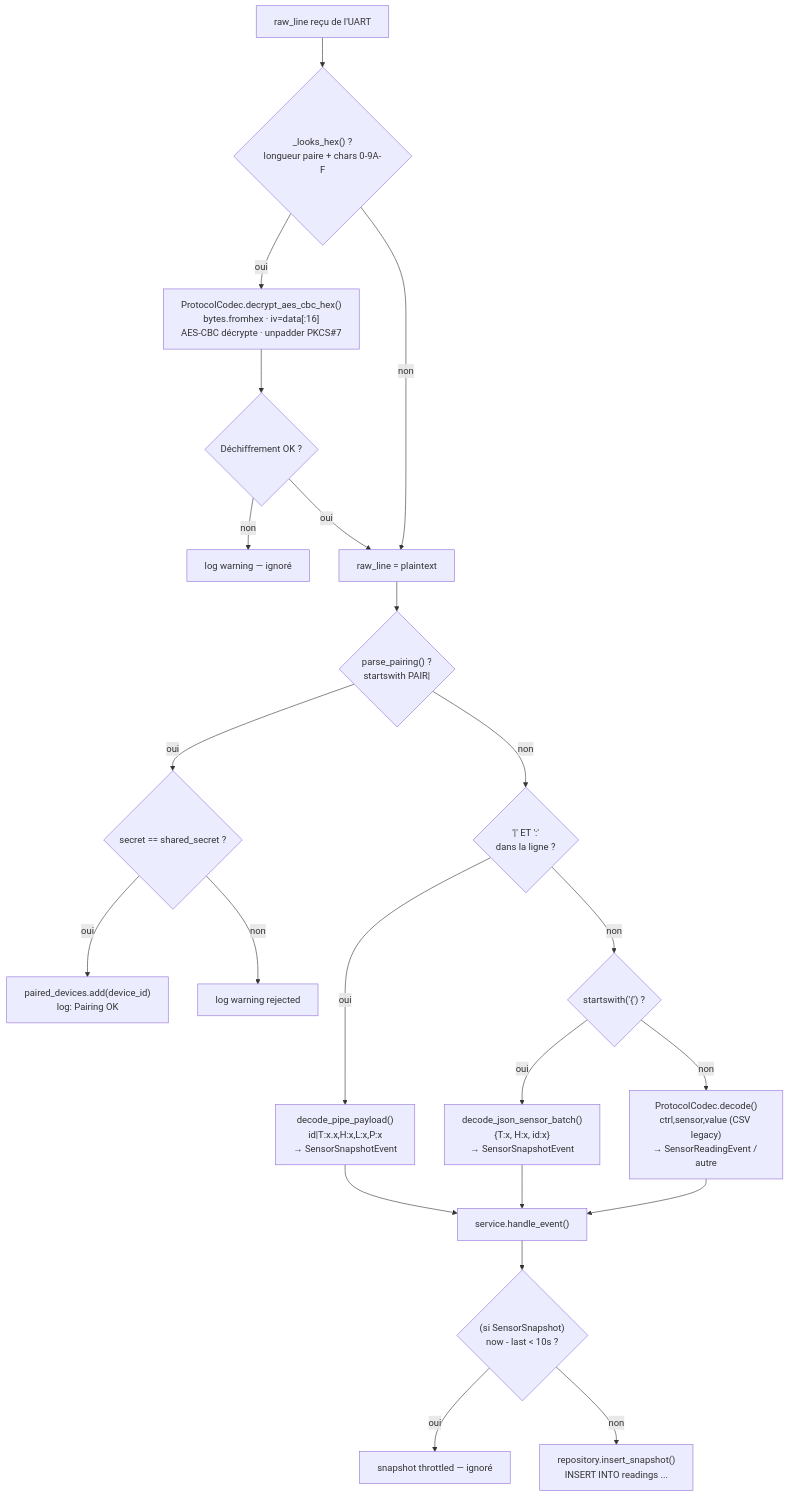
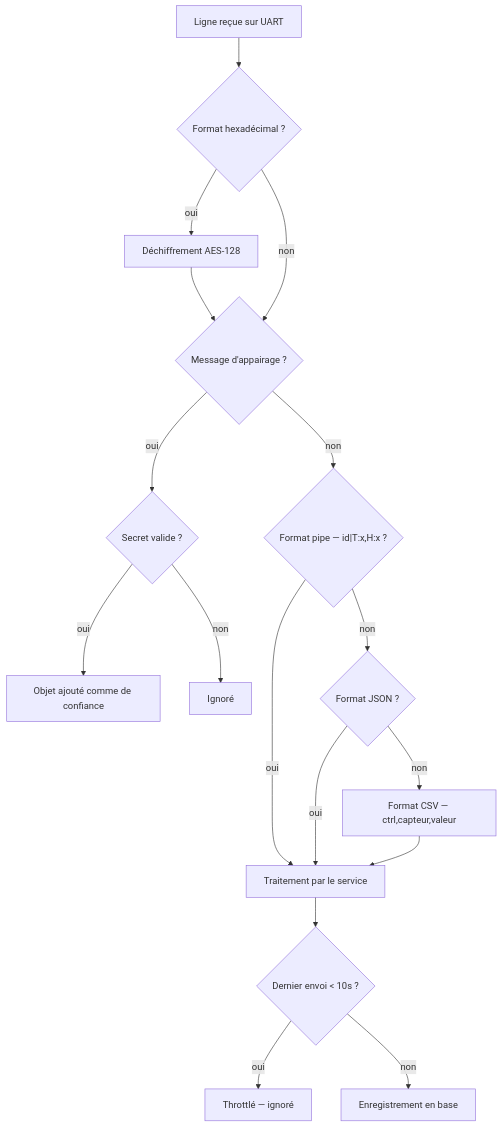
Diagram 13 of 16 in rendu.md (QuentinBastos/iot-project), drawn with Mermaid before and after one commit. The commit also changed other lines of this file, not shown here.

````diff
--- a/rendu.md
+++ b/rendu.md
@@ -486,29 +391,30 @@
 ```mermaid
 flowchart TD
-    RAW["raw_line reçu de l'UART"] --> ISHEX{"_looks_hex() ?\nlongueur paire + chars 0-9A-F"}
-    ISHEX -- oui --> DECRYPT["ProtocolCodec.decrypt_aes_cbc_hex()\nbytes.fromhex · iv=data[:16]\nAES-CBC décrypte · unpadder PKCS#7"]
-    DECRYPT --> DECOK{"Déchiffrement OK ?"}
-    DECOK -- non --> WARN["log warning — ignoré"]
-    DECOK -- oui --> RAW2["raw_line = plaintext"]
-    ISHEX -- non --> RAW2
+    RAW2["Ligne reçue sur UART"]
+    HEX2{"Format hexadécimal ?"}
+    DEC2["Déchiffrement AES-128"]
+    PAIR2{"Message d'appairage ?"}
+    OK2{"Secret valide ?"}
+    TRUST2["Objet ajouté comme de confiance"]
+    PIPE2{"Format pipe — id|T:x,H:x ?"}
+    JSON2{"Format JSON ?"}
+    CSV2["Format CSV — ctrl,capteur,valeur"]
+    SVC2["Traitement par le service"]
+    THR2{"Dernier envoi < 10s ?"}
+    DB2["Enregistrement en base"]
 
-    RAW2 --> PAIR{"parse_pairing() ?\nstartswith PAIR|"}
-    PAIR -- oui --> SECRET{"secret == shared_secret ?"}
-    SECRET -- oui --> TRUST["paired_devices.add(device_id)\nlog: Pairing OK"]
-    SECRET -- non --> REJECT["log warning rejected"]
-    PAIR -- non --> PIPE{"'|' ET ':'\ndans la ligne ?"}
-
-    PIPE -- oui --> PIPE_DEC["decode_pipe_payload()\nid|T:x.x,H:x,L:x,P:x\n→ SensorSnapshotEvent"]
-    PIPE_DEC --> SVC_EV["service.handle_event()"]
-
-    PIPE -- non --> JSON_CHK{"startswith('{') ?"}
-    JSON_CHK -- oui --> JSON_DEC["decode_json_sensor_batch()\n{T:x, H:x, id:x}\n→ SensorSnapshotEvent"]
-    JSON_DEC --> SVC_EV
-
-    JSON_CHK -- non --> CSV_DEC["ProtocolCodec.decode()\nctrl,sensor,value (CSV legacy)\n→ SensorReadingEvent / autre"]
-    CSV_DEC --> SVC_EV
-
-    SVC_EV --> THROTTLE{"(si SensorSnapshot)\nnow - last < 10s ?"}
-    THROTTLE -- oui --> DROP["snapshot throttled — ignoré"]
-    THROTTLE -- non --> INSERT["repository.insert_snapshot()\nINSERT INTO readings ..."]
+    RAW2 --> HEX2
+    HEX2 -- oui --> DEC2 --> PAIR2
+    HEX2 -- non --> PAIR2
+    PAIR2 -- oui --> OK2
+    OK2 -- oui --> TRUST2
+    OK2 -- non --> IGN2["Ignoré"]
+    PAIR2 -- non --> PIPE2
+    PIPE2 -- oui --> SVC2
+    PIPE2 -- non --> JSON2
+    JSON2 -- oui --> SVC2
+    JSON2 -- non --> CSV2 --> SVC2
+    SVC2 --> THR2
+    THR2 -- oui --> DROP2["Throttlé — ignoré"]
+    THR2 -- non --> DB2
 ```
````
